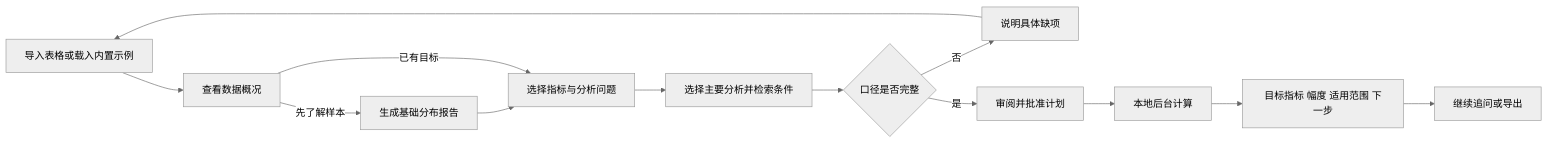
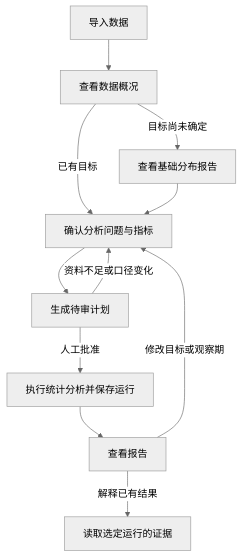
One commit to JiamWei624/CausalOps changed the diagram in docs/diagrams/task-workflow-current.mmd. Above: the diagram before and after it, drawn with Mermaid (neutral theme). The commit also changed 9 other files, not shown here.

Commit message:
Separate user workflow, component architecture and experimental results in the project documentation

```diff
--- a/docs/diagrams/task-workflow-current.mmd
+++ b/docs/diagrams/task-workflow-current.mmd
@@ -1,13 +1,11 @@
-flowchart LR
-  A[导入表格或载入内置示例] --> Profile[查看数据概况]
-  Profile -->|先了解样本| Summary[生成基础分布报告]
-  Summary --> B[选择指标与分析问题]
-  Profile -->|已有目标| B
-  B --> C[选择主要分析并检索条件]
-  C --> D{口径是否完整}
-  D -->|否| E[说明具体缺项]
-  E --> A
-  D -->|是| F[审阅并批准计划]
-  F --> G[本地后台计算]
-  G --> H[目标指标 幅度 适用范围 下一步]
-  H --> I[继续追问或导出]
+flowchart TD
+  import[导入数据] --> profile[查看数据概况]
+  profile -->|目标尚未确定| summary[查看基础分布报告]
+  profile -->|已有目标| scope[确认分析问题与指标]
+  summary --> scope
+  scope --> plan[生成待审计划]
+  plan -->|资料不足或口径变化| scope
+  plan -->|人工批准| run[执行统计分析并保存运行]
+  run --> report[查看报告]
+  report -->|解释已有结果| qa[读取选定运行的证据]
+  report -->|修改目标或观察期| scope
```
